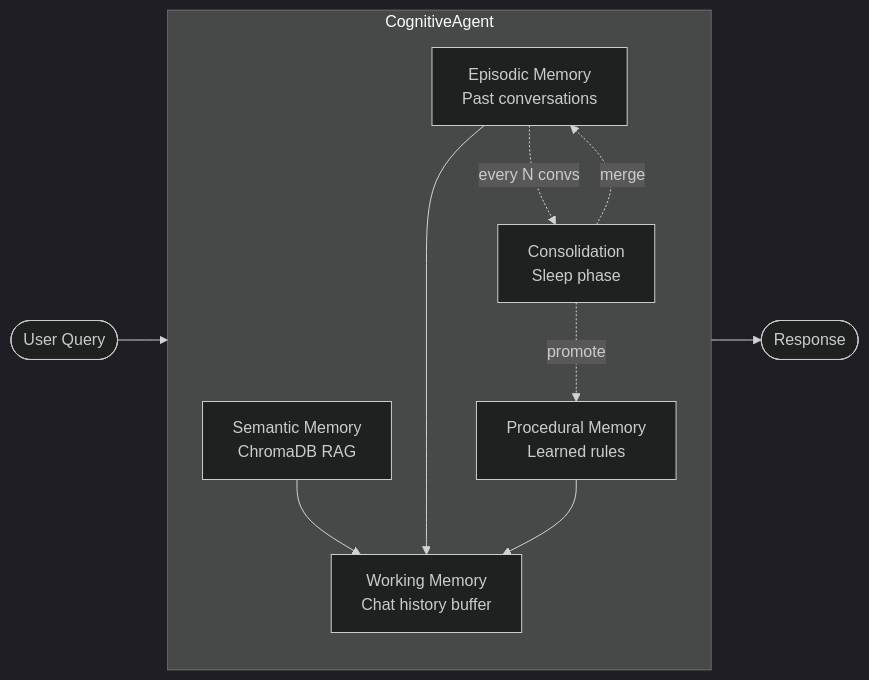
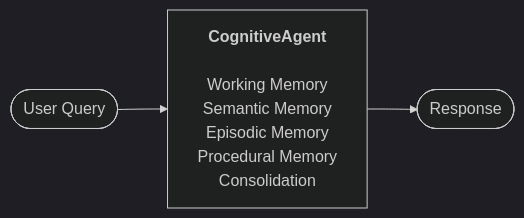
Before and after one commit to apattichis/cognitive-memory-agent: the diagram in README.md, drawn with Mermaid (dark theme). The commit also changed 6 other files, not shown here.

First line of the commit message:
docs: fix architecture diagrams, clean up notebook, re-run benchmark

````diff
--- a/README.md
+++ b/README.md
@@ -7,19 +7,4 @@
 ```mermaid
 flowchart LR
-    User([User Query]) --> Agent
-
-    subgraph Agent[CognitiveAgent]
-        direction TB
-        WM[Working Memory<br/>Chat history buffer]
-        SM[Semantic Memory<br/>ChromaDB RAG] --> WM
-        EM[Episodic Memory<br/>Past conversations] --> WM
-        PM[Procedural Memory<br/>Learned rules] --> WM
-        CON[Consolidation<br/>Sleep phase]
-    end
-
-    Agent --> Response([Response])
-
-    EM -.->|every N convs| CON
-    CON -.->|merge| EM
-    CON -.->|promote| PM
+    A([User Query]) --> B[<b>CognitiveAgent</b><br/><br/>Working Memory<br/>Semantic Memory<br/>Episodic Memory<br/>Procedural Memory<br/>Consolidation] --> C([Response])
 ```
````
